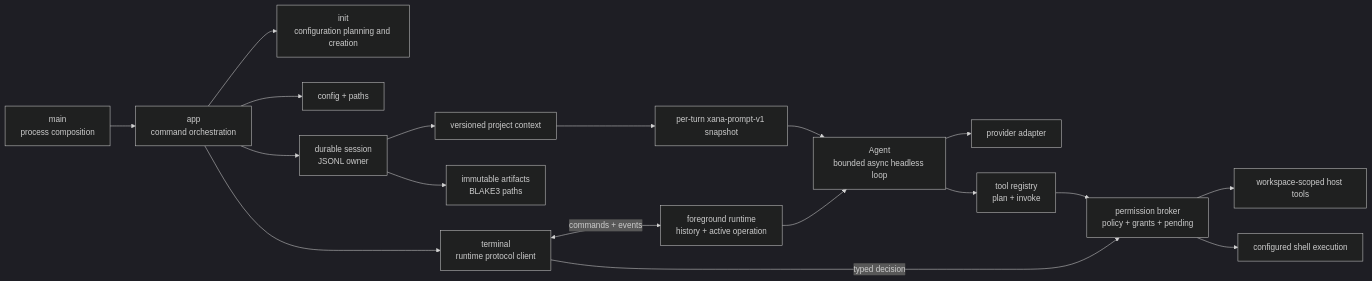
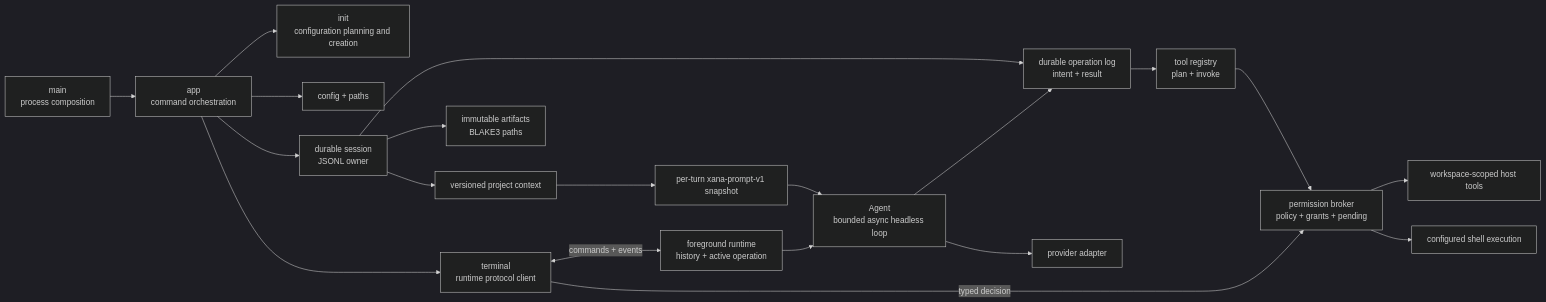
Before and after one commit to labcoder/xana: the diagram in docs/architecture/README.md, drawn with Mermaid (dark theme). The commit also changed other lines of this file and 32 other files, not shown here.

````diff
--- a/docs/architecture/README.md
+++ b/docs/architecture/README.md
@@ -18,20 +18,22 @@
 ```mermaid
 flowchart LR
     MAIN["main<br/>process composition"] --> APP["app<br/>command orchestration"]
     APP --> INIT["init<br/>configuration planning and creation"]
     APP --> TERMINAL["terminal<br/>runtime protocol client"]
     APP --> CONFIG["config + paths"]
     APP --> SESSION["durable session<br/>JSONL owner"]
     SESSION --> ARTIFACTS["immutable artifacts<br/>BLAKE3 paths"]
     SESSION --> CONTEXT["versioned project context"]
+    SESSION --> OPERATION["durable operation log<br/>intent + result"]
     CONTEXT --> PROMPT["per-turn xana-prompt-v1 snapshot"]
     PROMPT --> AGENT
     TERMINAL <-->|"commands + events"| RUNTIME["foreground runtime<br/>history + active operation"]
     RUNTIME --> AGENT["Agent<br/>bounded async headless loop"]
     AGENT --> PROVIDER["provider adapter"]
-    AGENT --> TOOLS["tool registry<br/>plan + invoke"]
+    AGENT --> OPERATION
+    OPERATION --> TOOLS["tool registry<br/>plan + invoke"]
     TOOLS --> BROKER["permission broker<br/>policy + grants + pending"]
     TERMINAL -->|"typed decision"| BROKER
     BROKER --> HOST["workspace-scoped host tools"]
     BROKER --> SHELL["configured shell execution"]
 ```
````
